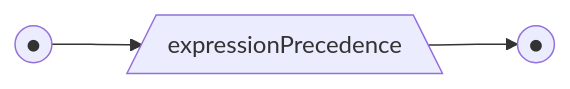
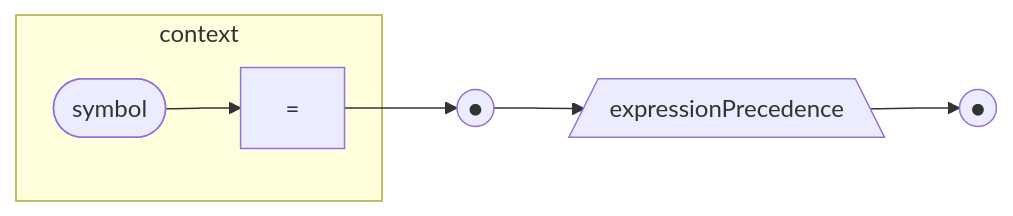
Diagram 41 of 59 in docs/railroad.md (billhails/CEKF), drawn with Mermaid before and after one commit. The commit also changed other lines of this file and 4 other files, not shown here.

````diff
--- a/docs/railroad.md
+++ b/docs/railroad.md
@@ -616,6 +624,9 @@
 ```mermaid
 flowchart LR
 s(("●"))
 e(("●"))
-s --> ep[/expressionPrecedence\] --> e
+subgraph context
+sy([symbol]) --> eq["="]
+end
+eq --> s --> ep[/expressionPrecedence\] --> e
 ```
````
